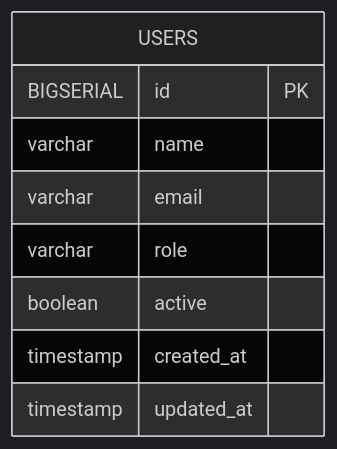
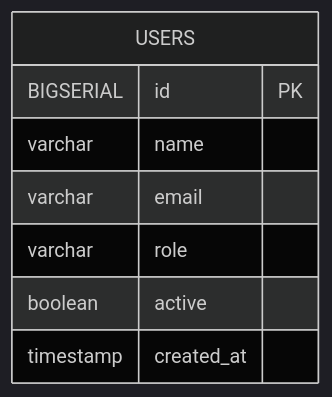
The second of 2 diagrams in README.md (Gabriel1000000/gestao-usuarios-dashboard), drawn with Mermaid (dark theme) before and after one commit. The commit also changed other lines of this file, not shown here.

````diff
--- a/README.md
+++ b/README.md
@@ -99,12 +100,11 @@
 ```mermaid
 erDiagram
     USERS {
         BIGSERIAL id PK
         varchar name
         varchar email
         varchar role
         boolean active
         timestamp created_at
-        timestamp updated_at
     }
 ```
````
